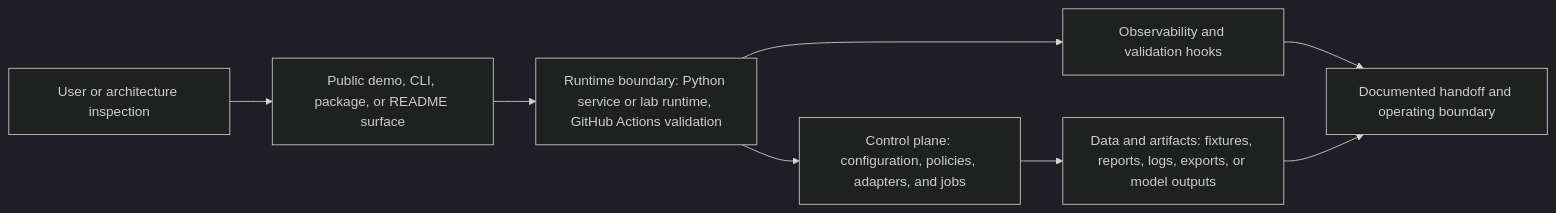
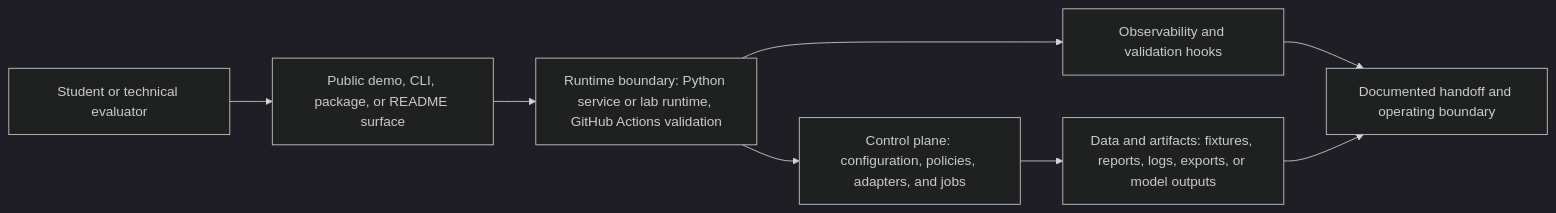
One commit to KIM3310/beaver-study-orchestrator changed the diagram in docs/system-architecture.md. Above: the diagram before and after it, drawn with Mermaid (dark theme). The commit also changed other lines of this file and 26 other files, not shown here.

Commit message:
chore: refine study orchestration architecture

````diff
--- a/docs/system-architecture.md
+++ b/docs/system-architecture.md
@@ -18,10 +18,10 @@
 ```mermaid
 flowchart LR
-    User["User or architecture inspection"] --> Surface["Public demo, CLI, package, or README surface"]
+    User["Student or technical evaluator"] --> Surface["Public demo, CLI, package, or README surface"]
     Surface --> Runtime["Runtime boundary: Python service or lab runtime, GitHub Actions validation"]
     Runtime --> Control["Control plane: configuration, policies, adapters, and jobs"]
     Control --> Data["Data and artifacts: fixtures, reports, logs, exports, or model outputs"]
     Runtime --> Observability["Observability and validation hooks"]
     Observability --> Handoff["Documented handoff and operating boundary"]
     Data --> Handoff
 ```
````
